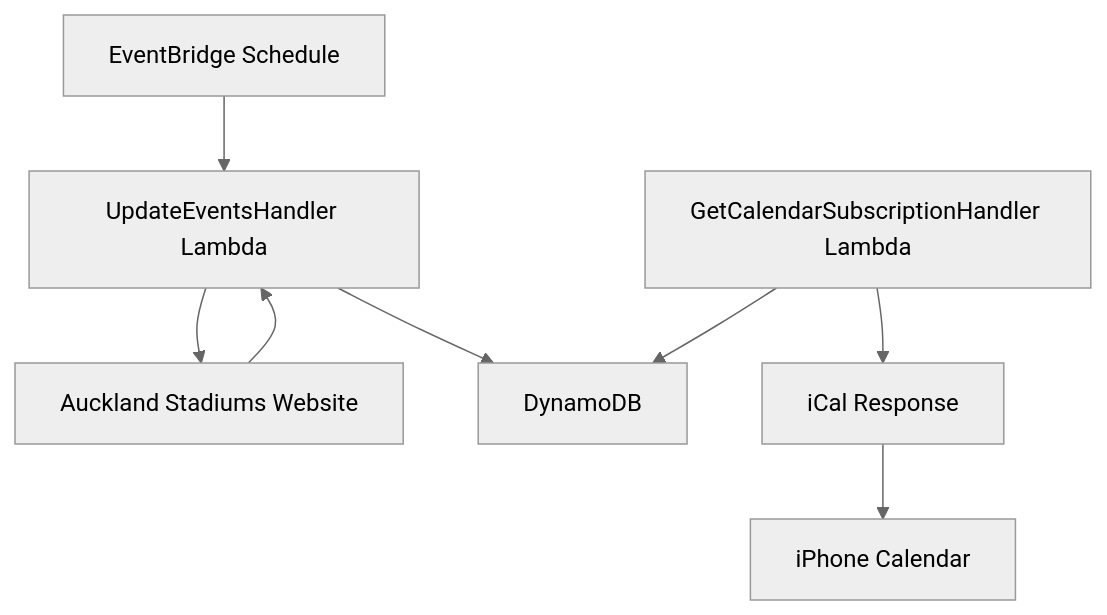
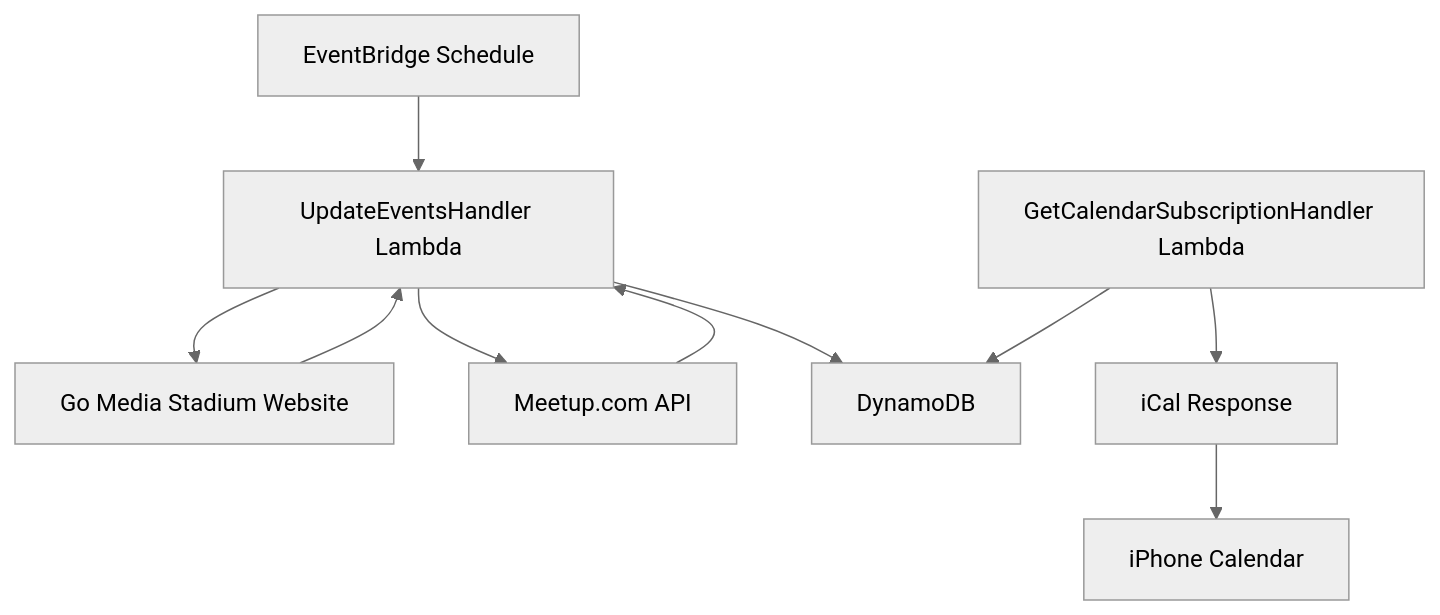
One commit to jordansimsmith/jordansimsmith-com changed the diagram in event_calendar_api/README.md. Above: the diagram before and after it, drawn with Mermaid (neutral theme). The commit also changed other lines of this file and 18 other files, not shown here.

Commit message:
Add meetup.com to event calendar

````diff
--- a/event_calendar_api/README.md
+++ b/event_calendar_api/README.md
@@ -7,10 +7,12 @@
 ```mermaid
 graph TD
   A[EventBridge Schedule] --> B[UpdateEventsHandler Lambda]
-  B --> C[Auckland Stadiums Website]
+  B --> C[Go Media Stadium Website]
   C --> B
-  B --> D[DynamoDB]
-  E[GetCalendarSubscriptionHandler Lambda] --> D
-  E --> F[iCal Response]
-  F --> G[iPhone Calendar]
+  B --> D[Meetup.com API]
+  D --> B
+  B --> E[DynamoDB]
+  F[GetCalendarSubscriptionHandler Lambda] --> E
+  F --> G[iCal Response]
+  G --> H[iPhone Calendar]
 ```
````
